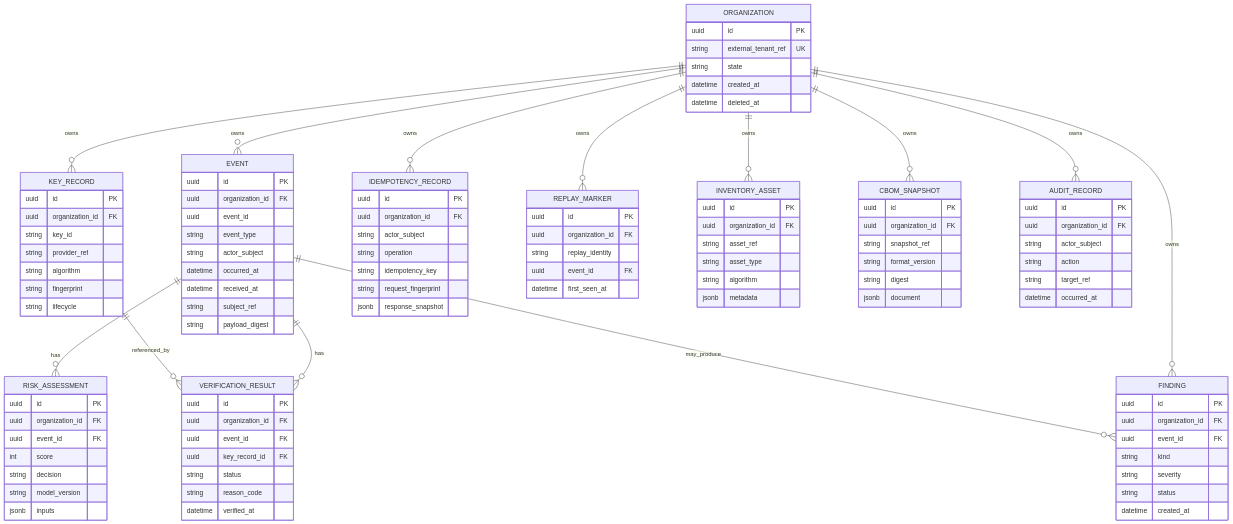
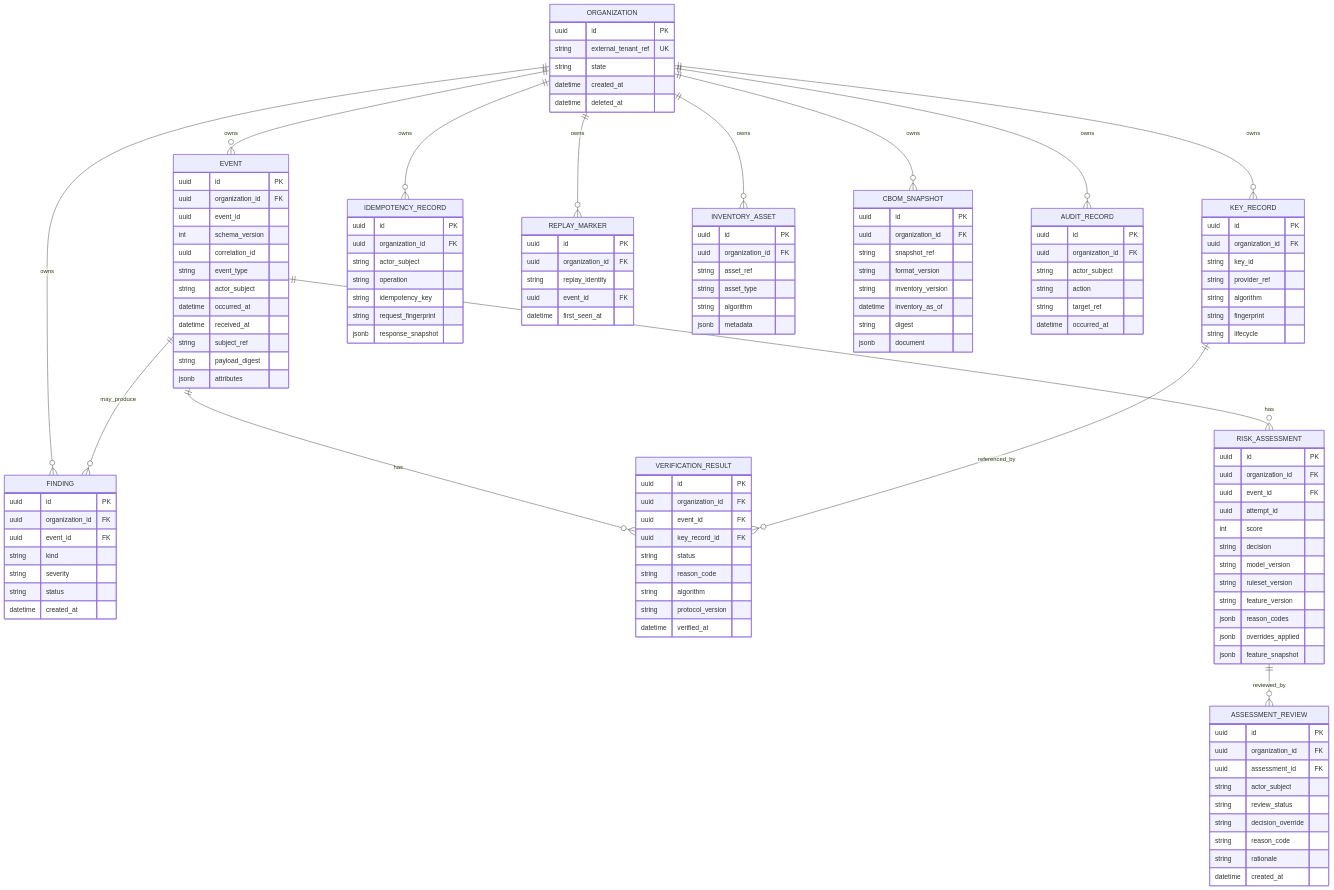
One commit to bidanivirang12/Qubrix changed the diagram in docs/data-model.md. Above: the diagram before and after it, drawn with Mermaid. The commit also changed other lines of this file and 10 other files, not shown here.

```diff
--- a/docs/data-model.md
+++ b/docs/data-model.md
@@ -17,6 +17,7 @@
     EVENT ||--o{ VERIFICATION_RESULT : has
     EVENT ||--o{ RISK_ASSESSMENT : has
     EVENT ||--o{ FINDING : may_produce
+    RISK_ASSESSMENT ||--o{ ASSESSMENT_REVIEW : reviewed_by
     KEY_RECORD ||--o{ VERIFICATION_RESULT : referenced_by
 
     ORGANIZATION {
@@ -30,12 +31,15 @@
         uuid id PK
         uuid organization_id FK
         uuid event_id
+        int schema_version
+        uuid correlation_id
         string event_type
         string actor_subject
         datetime occurred_at
         datetime received_at
         string subject_ref
         string payload_digest
+        jsonb attributes
     }
     KEY_RECORD {
         uuid id PK
@@ -53,16 +57,23 @@
         uuid key_record_id FK
         string status
         string reason_code
+        string algorithm
+        string protocol_version
         datetime verified_at
     }
     RISK_ASSESSMENT {
         uuid id PK
         uuid organization_id FK
         uuid event_id FK
+        uuid attempt_id
         int score
         string decision
         string model_version
-        jsonb inputs
+        string ruleset_version
+        string feature_version
+        jsonb reason_codes
+        jsonb overrides_applied
+        jsonb feature_snapshot
     }
     FINDING {
         uuid id PK
@@ -71,6 +82,17 @@
         string kind
         string severity
         string status
+        datetime created_at
+    }
+    ASSESSMENT_REVIEW {
+        uuid id PK
+        uuid organization_id FK
+        uuid assessment_id FK
+        string actor_subject
+        string review_status
+        string decision_override
+        string reason_code
+        string rationale
         datetime created_at
     }
     IDEMPOTENCY_RECORD {
@@ -102,6 +124,8 @@
         uuid organization_id FK
         string snapshot_ref
         string format_version
+        string inventory_version
+        datetime inventory_as_of
         string digest
         jsonb document
     }
```
